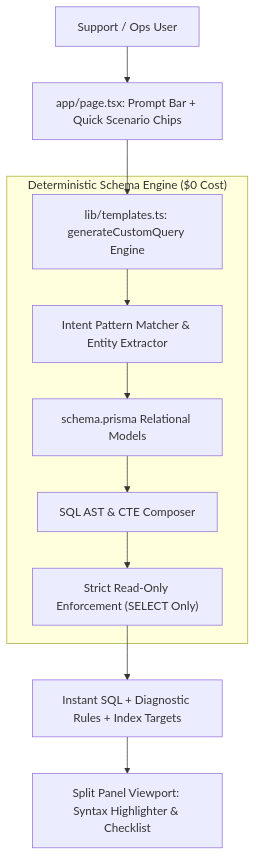
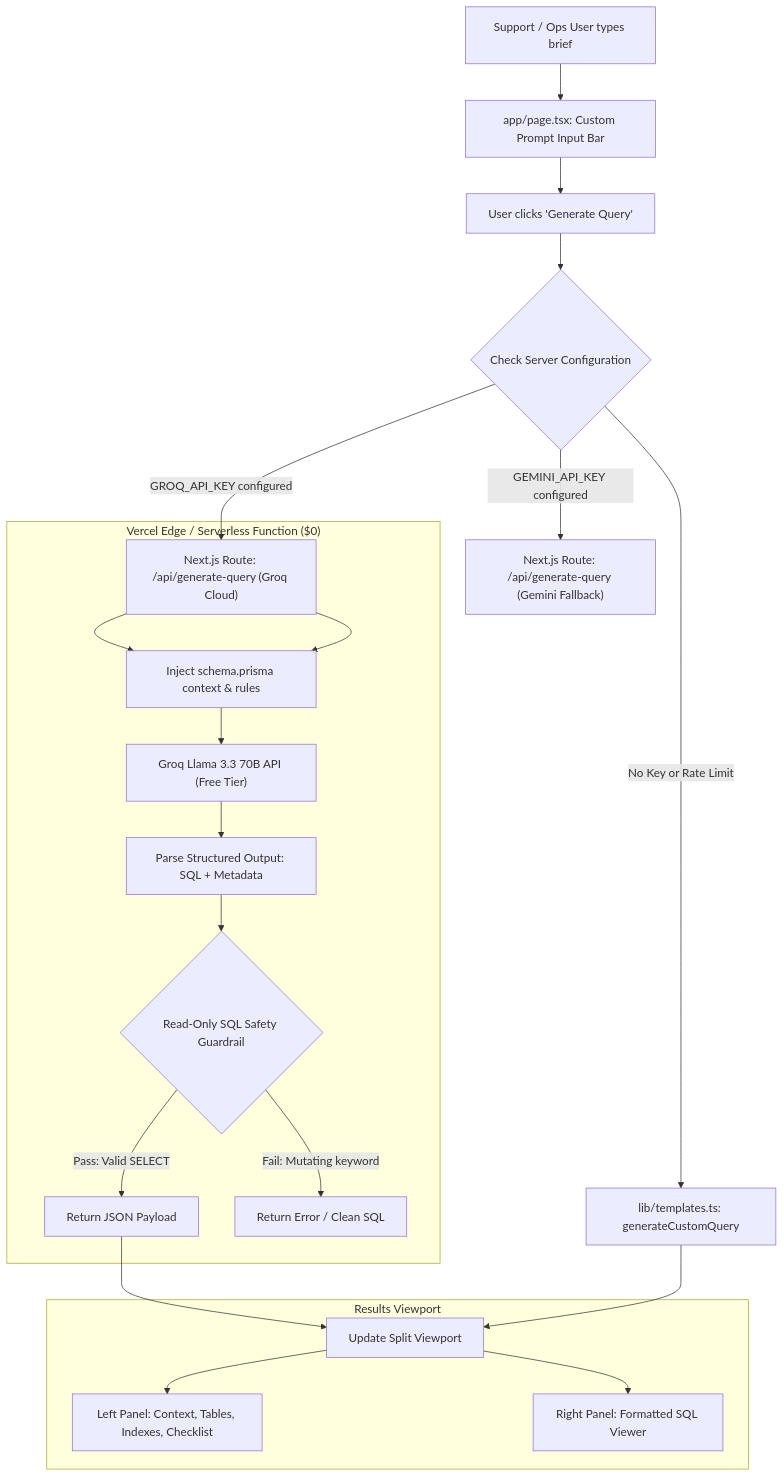
One commit to riri-99/Que_Me changed the diagram in CUSTOM_PROMPT_PLAN.md. Above: the diagram before and after it, drawn with Mermaid. The commit also changed other lines of this file and 6 other files, not shown here.

Commit message:
feat: added custom prompt generation and made ui changes

````diff
--- a/CUSTOM_PROMPT_PLAN.md
+++ b/CUSTOM_PROMPT_PLAN.md
@@ -11,15 +32,30 @@
 ```mermaid
 flowchart TD
-    User["Support / Ops User"] --> UI["app/page.tsx: Prompt Bar + Quick Scenario Chips"]
-    UI --> Engine["lib/templates.ts: generateCustomQuery Engine"]
+    User["Support / Ops User types brief"] --> InputBar["app/page.tsx: Custom Prompt Input Bar"]
+    InputBar --> ClickGen["User clicks 'Generate Query'"]
     
-    subgraph ZeroCostEngine ["Deterministic Schema Engine ($0 Cost)"]
-        Engine --> NLP["Intent Pattern Matcher & Entity Extractor"]
-        NLP --> Grounding["schema.prisma Relational Models"]
-        Grounding --> Builder["SQL AST & CTE Composer"]
-        Builder --> SafeCheck["Strict Read-Only Enforcement (SELECT Only)"]
+    ClickGen --> Dispatcher{"Check Server Configuration"}
+    
+    Dispatcher -->|"GROQ_API_KEY configured"| GroqRoute["Next.js Route: /api/generate-query (Groq Cloud)"]
+    Dispatcher -->|"GEMINI_API_KEY configured"| GeminiRoute["Next.js Route: /api/generate-query (Gemini Fallback)"]
+    Dispatcher -->|"No Key or Rate Limit"| LocalEngine["lib/templates.ts: generateCustomQuery"]
+    
+    subgraph ServerSide ["Vercel Edge / Serverless Function ($0)"]
+        GroqRoute --> Grounding["Inject schema.prisma context & rules"]
+        GroqCall["Groq Llama 3.3 70B API (Free Tier)"]
+        GroqRoute --> Grounding
+        Grounding --> GroqCall
+        GroqCall --> JSONParser["Parse Structured Output: SQL + Metadata"]
+        JSONParser --> SafetyGuard{"Read-Only SQL Safety Guardrail"}
+        SafetyGuard -->|"Pass: Valid SELECT"| ReturnPayload["Return JSON Payload"]
+        SafetyGuard -->|"Fail: Mutating keyword"| SanitizeErr["Return Error / Clean SQL"]
     end
     
-    SafeCheck --> Output["Instant SQL + Diagnostic Rules + Index Targets"]
-    Output --> Viewport["Split Panel Viewport: Syntax Highlighter & Checklist"]
+    ReturnPayload --> UIState["Update Split Viewport"]
+    LocalEngine --> UIState
+    
+    subgraph UIViewport ["Results Viewport"]
+        UIState --> LeftPanel["Left Panel: Context, Tables, Indexes, Checklist"]
+        UIState --> RightPanel["Right Panel: Formatted SQL Viewer"]
+    end
 ```
````
